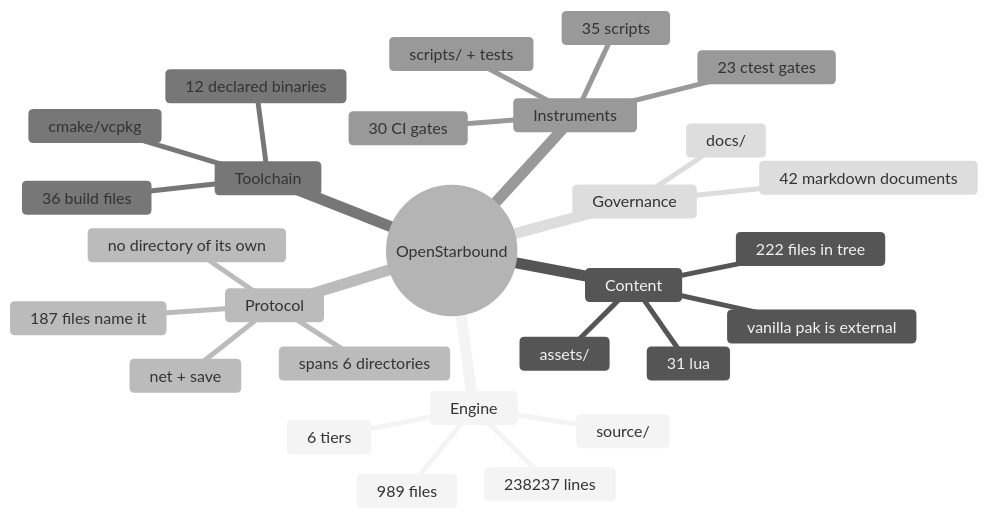
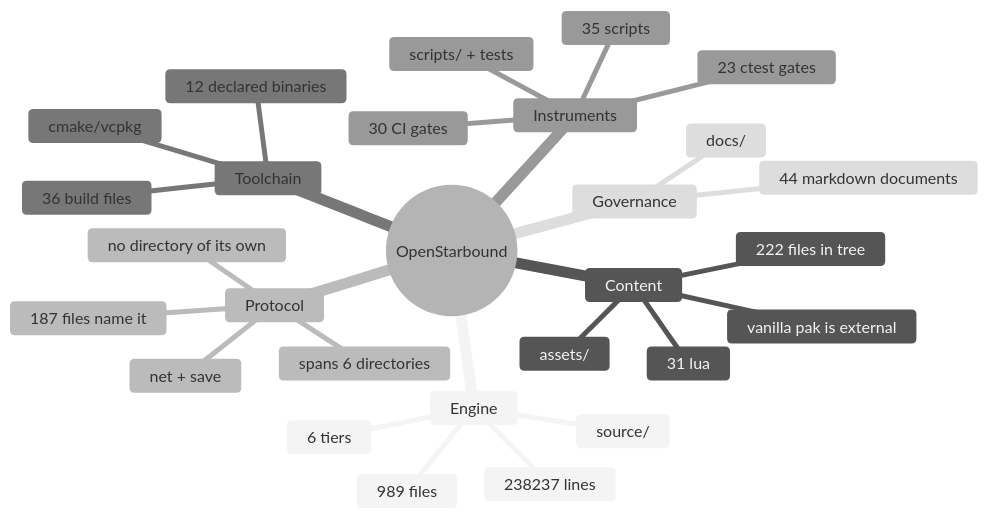
One commit to apnex/OpenStarbound changed the second of 11 diagrams in docs/architecture/system-boundaries.md. Above: the diagram before and after it, drawn with Mermaid (neutral theme). The commit also changed 2 other files, not shown here.

First paragraph of the commit message:
GM-1 Task 1: register `metrics` as a component -- duty, grant, derivation
A sovereign directory is a register row, not a mkdir, and in this document a row
is six coupled declarations. All six are here:

````diff
--- a/docs/architecture/system-boundaries.md
+++ b/docs/architecture/system-boundaries.md
@@ -166,31 +166,31 @@
 ```mermaid
 mindmap
   root((OpenStarbound))
     Engine
       source/
       989 files
       238237 lines
       6 tiers
     Content
       assets/
       222 files in tree
       31 lua
       vanilla pak is external
     Protocol
       net + save
       187 files name it
       spans 6 directories
       no directory of its own
     Toolchain
       cmake/vcpkg
       36 build files
       12 declared binaries
     Instruments
       scripts/ + tests
       35 scripts
       23 ctest gates
       30 CI gates
     Governance
       docs/
-      42 markdown documents
+      44 markdown documents
 ```
````
